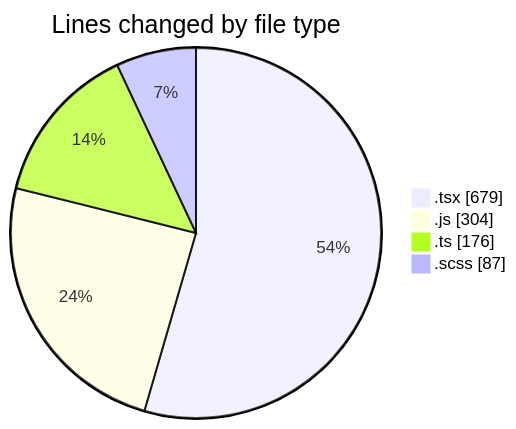
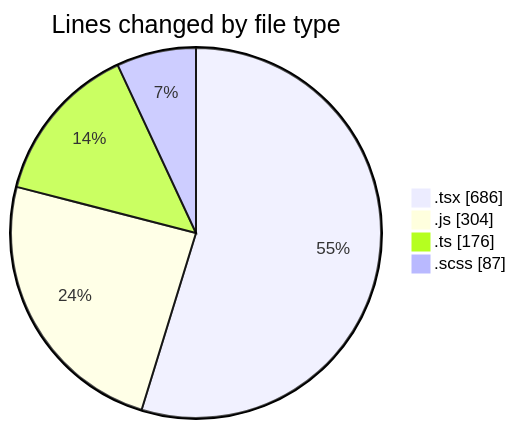
Before and after one commit to momahboobian/code-tracking: the first of 2 diagrams in 2025-02-26/cda/README.md, drawn with Mermaid. The commit also changed other lines of this file and 1 other file, not shown here.

````diff
--- a/2025-02-26/cda/README.md
+++ b/2025-02-26/cda/README.md
@@ -31,8 +31,8 @@
 ```mermaid
 pie showData
 title Lines changed by file type
-".tsx" : 679
+".tsx" : 686
 ".js" : 304
 ".ts" : 176
 ".scss" : 87
 ```
````
